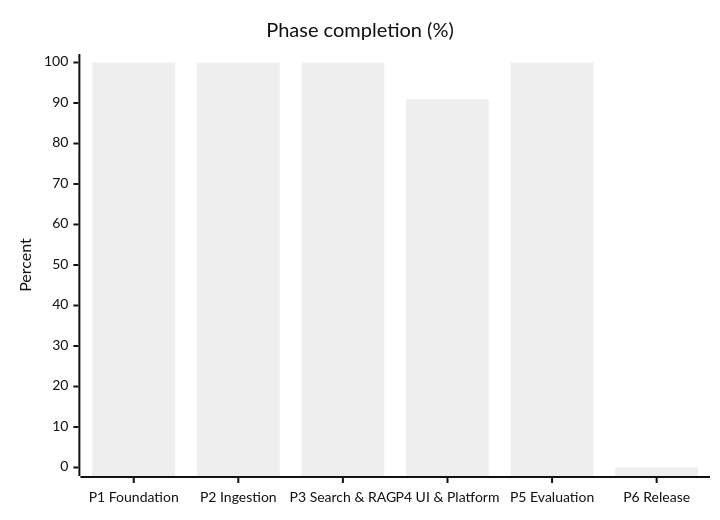
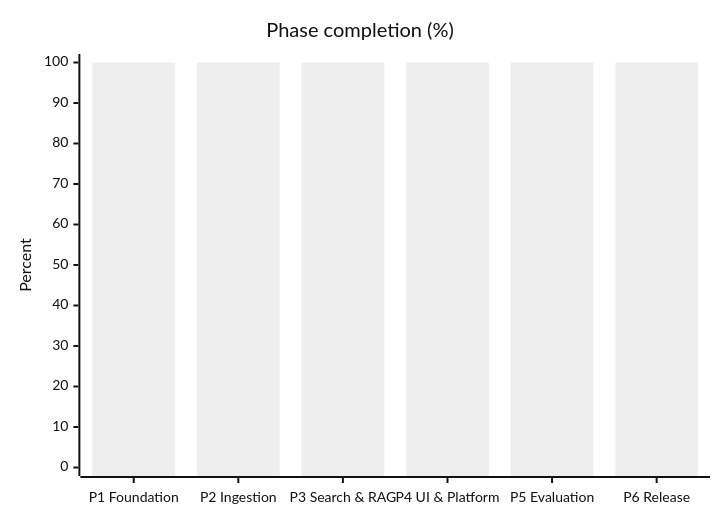
The diagram in docs/IMPLEMENTATION_STATUS.md (artis2021/Drishti), drawn with Mermaid (neutral theme) before and after one commit. The commit also changed other lines of this file and 7 other files, not shown here.

````diff
--- a/docs/IMPLEMENTATION_STATUS.md
+++ b/docs/IMPLEMENTATION_STATUS.md
@@ -34,7 +34,7 @@
 ```mermaid
 xychart-beta
     title "Phase completion (%)"
     x-axis ["P1 Foundation", "P2 Ingestion", "P3 Search & RAG", "P4 UI & Platform", "P5 Evaluation", "P6 Release"]
     y-axis "Percent" 0 --> 100
-    bar [100, 100, 100, 91, 100, 0]
+    bar [100, 100, 100, 100, 100, 100]
 ```
````
